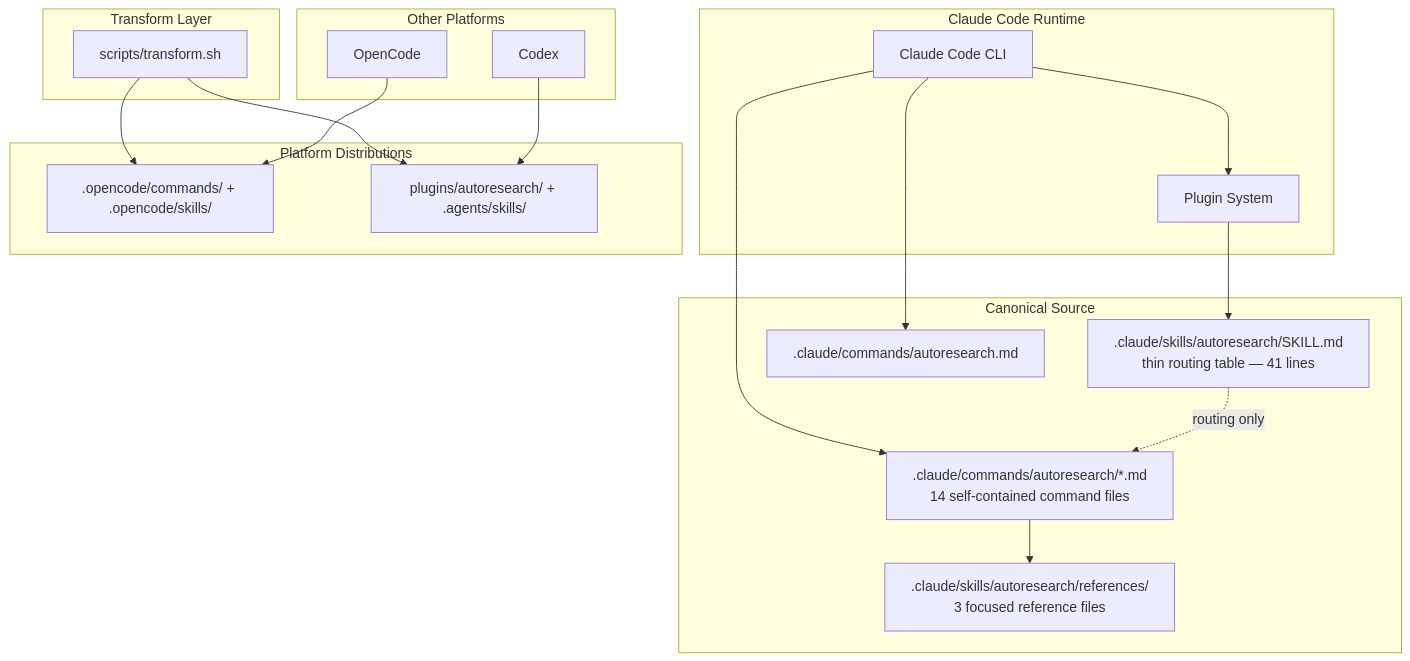
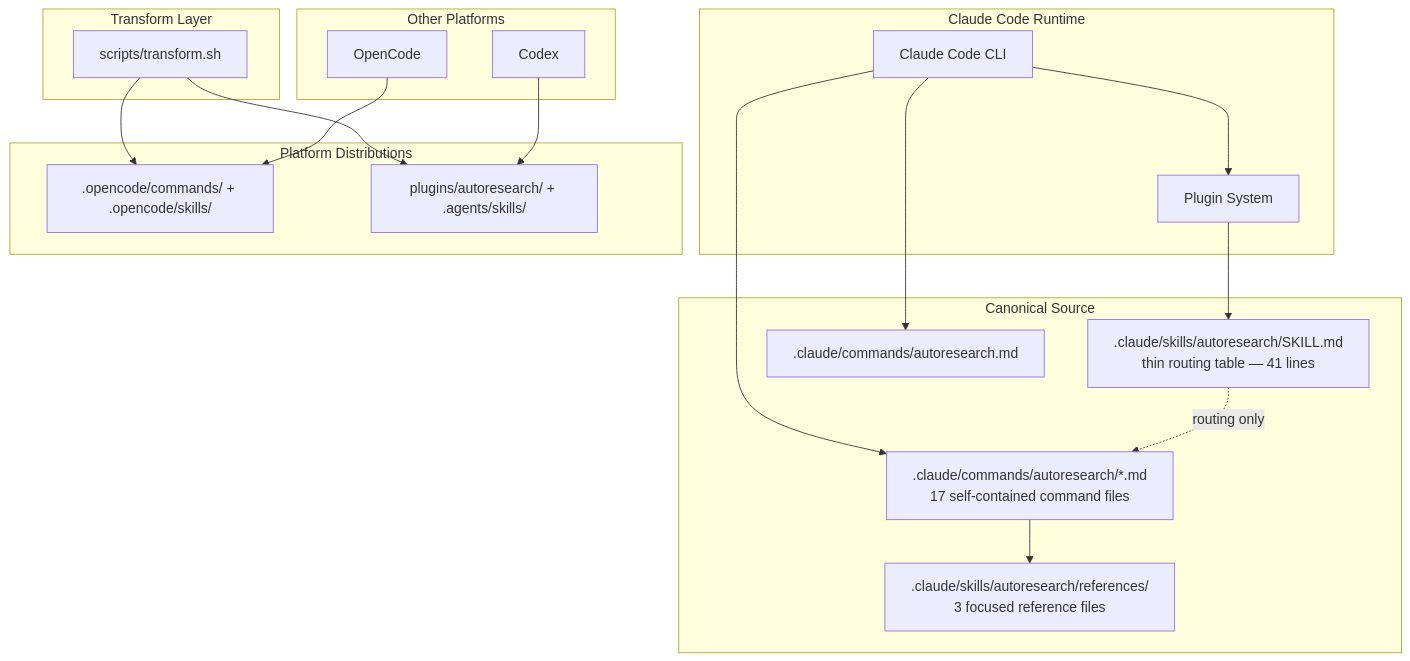
One commit to Jss-on/autoforge changed the first of 3 diagrams in docs/system-architecture.md. Above: the diagram before and after it, drawn with Mermaid. The commit also changed other lines of this file and 129 other files, not shown here.

````diff
--- a/docs/system-architecture.md
+++ b/docs/system-architecture.md
@@ -15,37 +15,37 @@
 ```mermaid
 graph TB
     subgraph "Claude Code Runtime"
         CC[Claude Code CLI]
         PS[Plugin System]
     end
 
     subgraph "Other Platforms"
         OC[OpenCode]
         CX[Codex]
     end
 
     subgraph "Transform Layer"
         TX[scripts/transform.sh]
     end
 
     subgraph "Canonical Source"
         SKILL[.claude/skills/autoresearch/SKILL.md\nthin routing table — 41 lines]
         CMD[.claude/commands/autoresearch.md]
-        CMDS[.claude/commands/autoresearch/*.md\n14 self-contained command files]
+        CMDS[.claude/commands/autoresearch/*.md\n17 self-contained command files]
         REF[.claude/skills/autoresearch/references/\n3 focused reference files]
     end
 
     subgraph "Platform Distributions"
         OCD[.opencode/commands/ + .opencode/skills/]
         CXD[plugins/autoresearch/ + .agents/skills/]
     end
 
     CC --> PS --> SKILL
     CC --> CMD & CMDS
     SKILL -.routing only.-> CMDS
     CMDS --> REF
     TX --> OCD
     TX --> CXD
     OC --> OCD
     CX --> CXD
 ```
````
